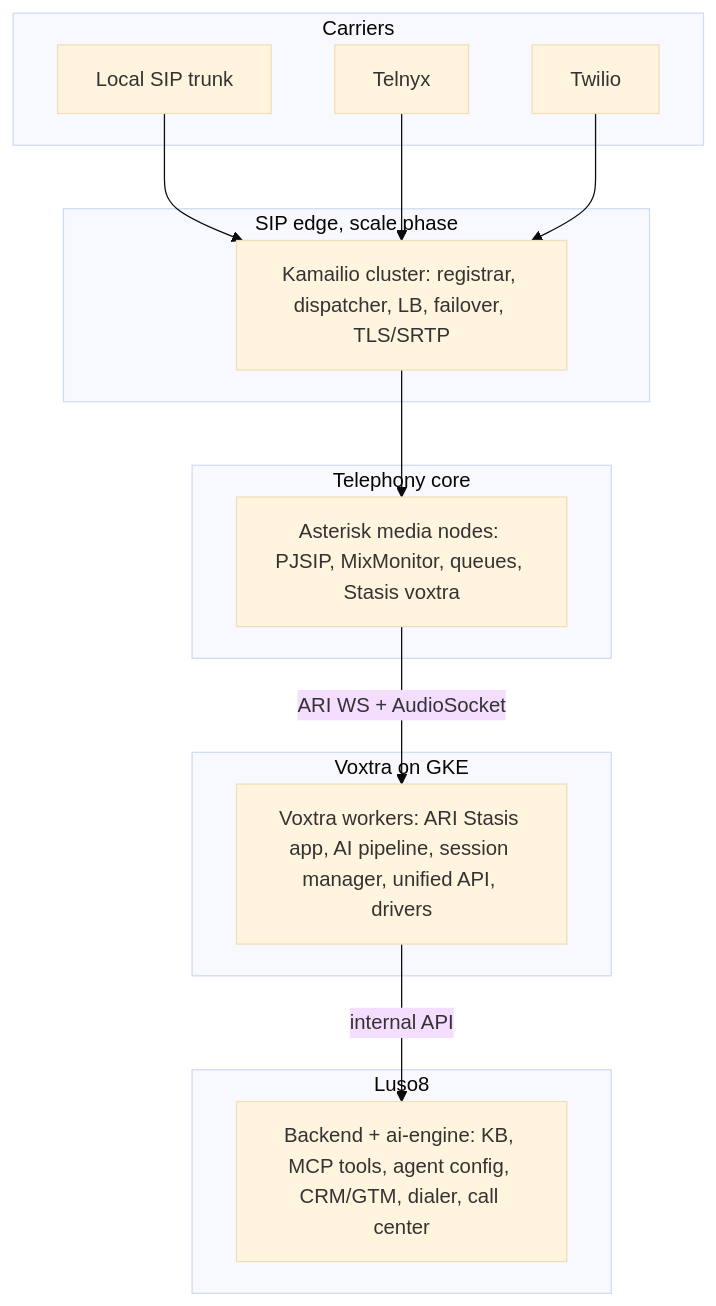
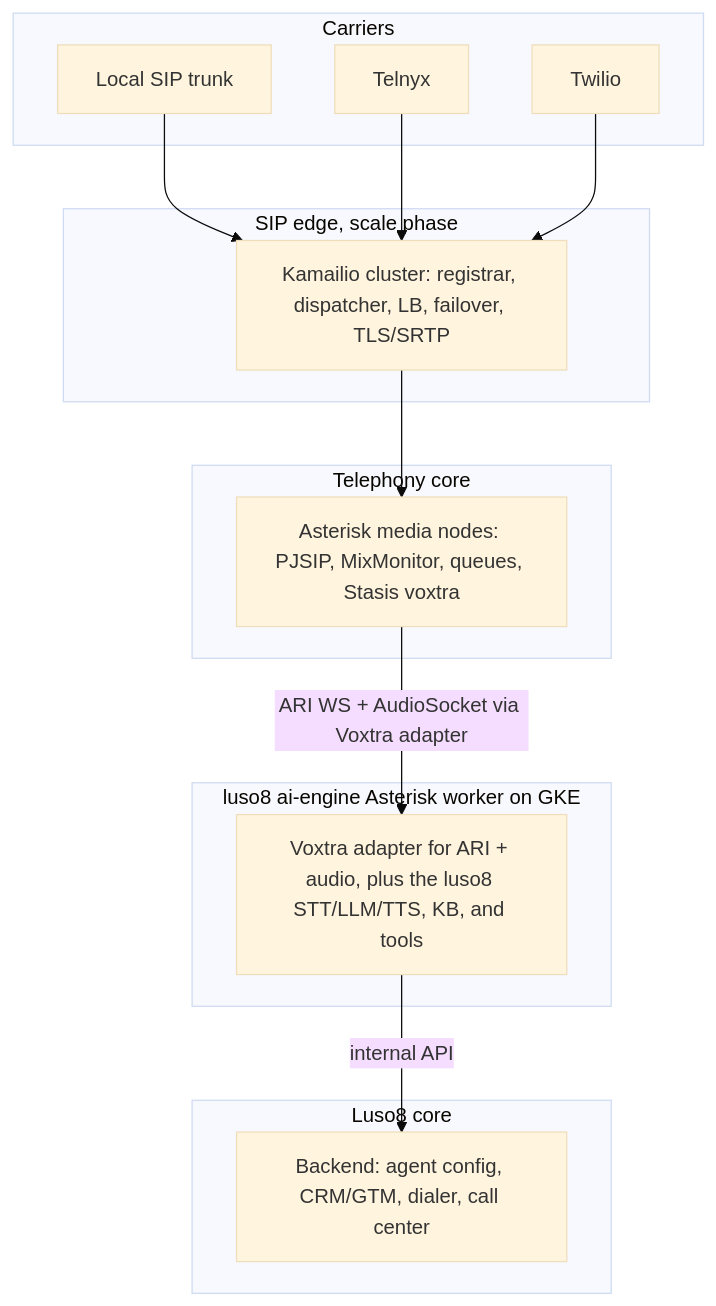
Before and after one commit to rexplore-ai/voxtra: the diagram in docs/luso8-integration-roadmap.md, drawn with Mermaid (base theme). The commit also changed other lines of this file, not shown here.

Commit message:
docs: Voxtra is a telephony adapter only; AI stays in the luso8 ai-engine

````diff
--- a/docs/luso8-integration-roadmap.md
+++ b/docs/luso8-integration-roadmap.md
@@ -80,26 +83,26 @@
 ```mermaid
 flowchart TD
   subgraph Carriers
     C1[Local SIP trunk]
     C2[Telnyx]
     C3[Twilio]
   end
   subgraph Edge [SIP edge, scale phase]
     K[Kamailio cluster: registrar, dispatcher, LB, failover, TLS/SRTP]
   end
   subgraph Media [Telephony core]
     A[Asterisk media nodes: PJSIP, MixMonitor, queues, Stasis voxtra]
   end
-  subgraph VoxtraLayer [Voxtra on GKE]
-    V[Voxtra workers: ARI Stasis app, AI pipeline, session manager, unified API, drivers]
+  subgraph VoxtraLayer [luso8 ai-engine Asterisk worker on GKE]
+    V[Voxtra adapter for ARI + audio, plus the luso8 STT/LLM/TTS, KB, and tools]
   end
-  subgraph Apps [Luso8]
-    B[Backend + ai-engine: KB, MCP tools, agent config, CRM/GTM, dialer, call center]
+  subgraph Apps [Luso8 core]
+    B[Backend: agent config, CRM/GTM, dialer, call center]
   end
   C1 --> K
   C2 --> K
   C3 --> K
   K --> A
-  A -- ARI WS + AudioSocket --> V
+  A -- ARI WS + AudioSocket via Voxtra adapter --> V
   V -- internal API --> B
 ```
````
